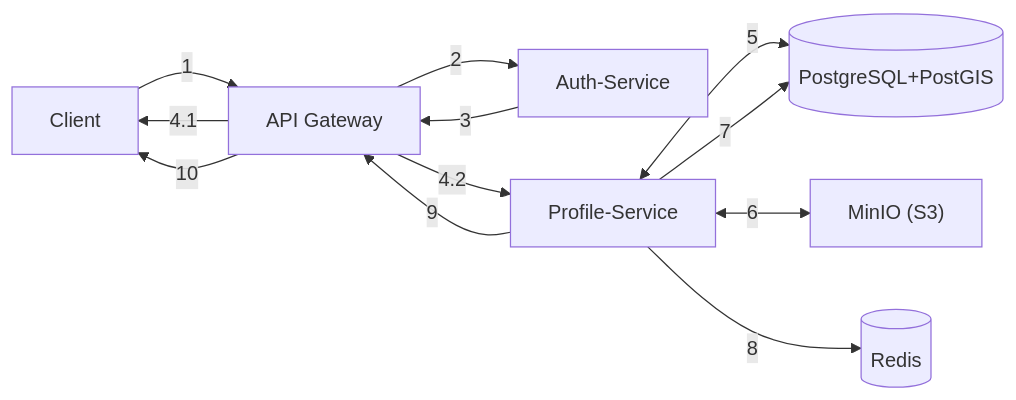
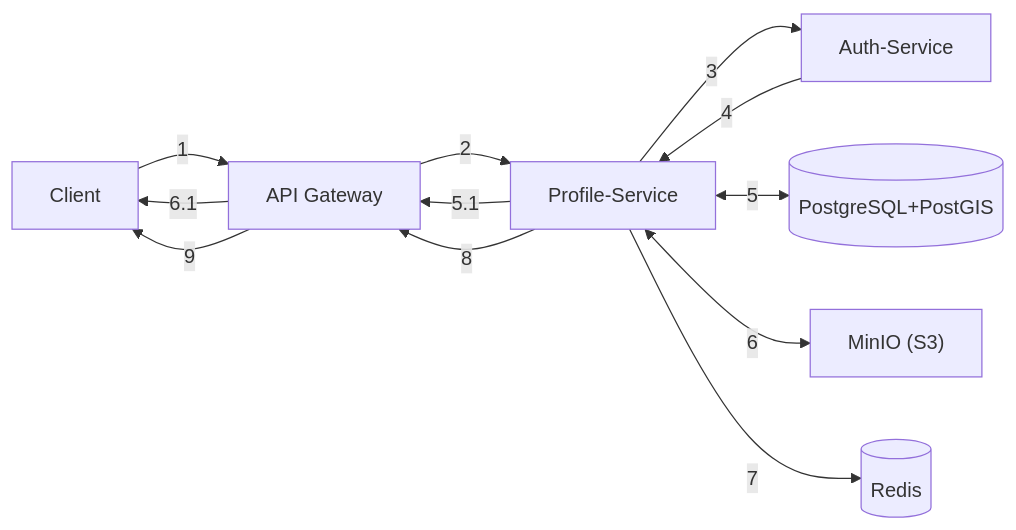
Before and after one commit to isOdin-l/TinderArt: the fourth of 9 diagrams in docs/workflow-simple.md, drawn with Mermaid. The commit also changed other lines of this file and 5 other files, not shown here.

Commit message:
docs: updated workflow, architecture, structures docs

````diff
--- a/docs/workflow-simple.md
+++ b/docs/workflow-simple.md
@@ -97,20 +95,20 @@
 ```mermaid
 flowchart LR
 
 Client["Client"]
 Gateway["API Gateway"]
 Auth["Auth-Service"]
 Profile["Profile-Service"]
 DB_Profile[("PostgreSQL+PostGIS")]
 S3["MinIO (S3)"]
 Cache[("Redis")]
 
-Client -->|1| Gateway -->|2| Auth -->|3| Gateway -->|4.1| Client
-Gateway -->|4.2| Profile <--> |5| DB_Profile
+Client -->|1| Gateway -->|2| Profile-->|3| Auth-->|4| Profile 
+Profile-->|5.1| Gateway -->|6.1| Client
 
+Profile <--> |5| DB_Profile
 Profile <-->|6| S3
-Profile -->|7| DB_Profile
-Profile -->|8| Cache
+Profile -->|7| Cache
 
-Profile -->|9| Gateway -->|10| Client
+Profile -->|8| Gateway -->|9| Client
 ```
````
